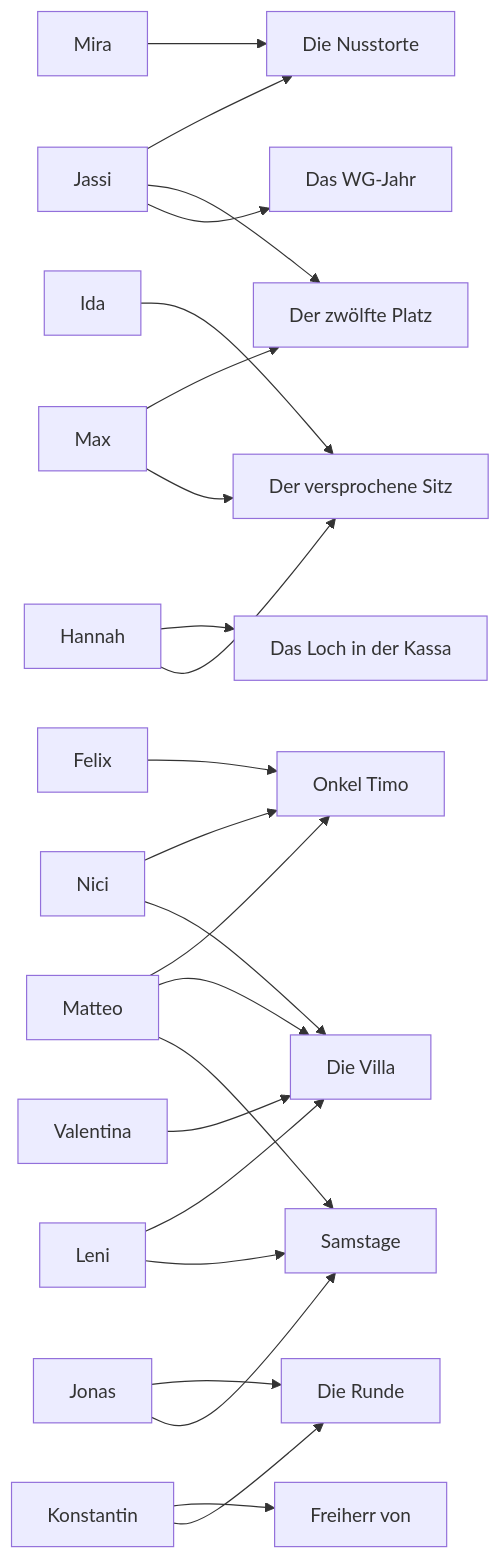
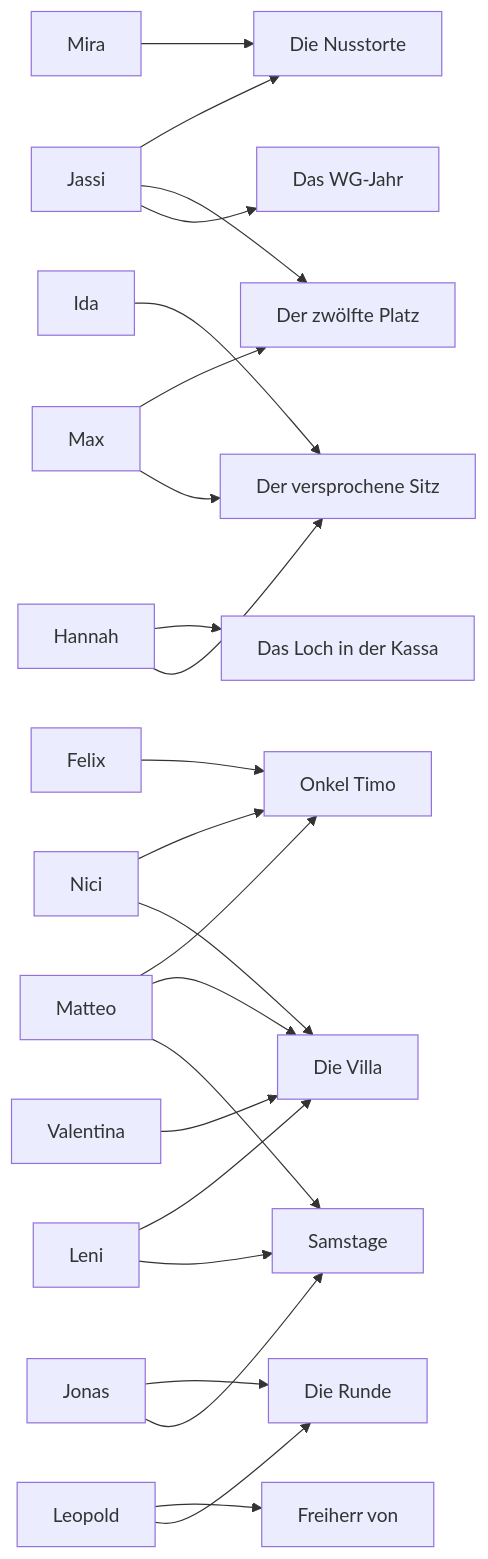
The seventh of 7 diagrams in IT/Lo im Kindergarten/Dossiers/Beziehungsnetz.md (DanielJMoser/ObsidianVault), drawn with Mermaid before and after one commit. The commit also changed other lines of this file and 14 other files, not shown here.

````diff
--- a/IT/Lo im Kindergarten/Dossiers/Beziehungsnetz.md
+++ b/IT/Lo im Kindergarten/Dossiers/Beziehungsnetz.md
@@ -163,26 +163,26 @@
 ```mermaid
 flowchart LR
   Mira --> N["Die Nusstorte"]
   Jassi --> N
   Jassi --> Z["Der zwölfte Platz"]
   Max --> Z
   Felix --> O["Onkel Timo"]
   Matteo --> O
   Nici --> O
   Matteo --> VI["Die Villa"]
   Nici --> VI
   Leni --> VI
   Valentina --> VI
   Hannah --> K["Das Loch in der Kassa"]
-  Konstantin --> F["Freiherr von"]
-  Konstantin --> R["Die Runde"]
+  Leopold --> F["Freiherr von"]
+  Leopold --> R["Die Runde"]
   Jonas --> R
   Jonas --> S["Samstage"]
   Leni --> S
   Matteo --> S
   Jassi --> W["Das WG-Jahr"]
   Ida --> VS["Der versprochene Sitz"]
   Hannah --> VS
   Max --> VS
-  class Mira,Jassi,Max,Felix,Matteo,Nici,Leni,Valentina,Hannah,Konstantin,Jonas,Ida,N,Z,O,VI,K,F,R,S,W,VS internal-link;
+  class Mira,Jassi,Max,Felix,Matteo,Nici,Leni,Valentina,Hannah,Leopold,Jonas,Ida,N,Z,O,VI,K,F,R,S,W,VS internal-link;
 ```
````
